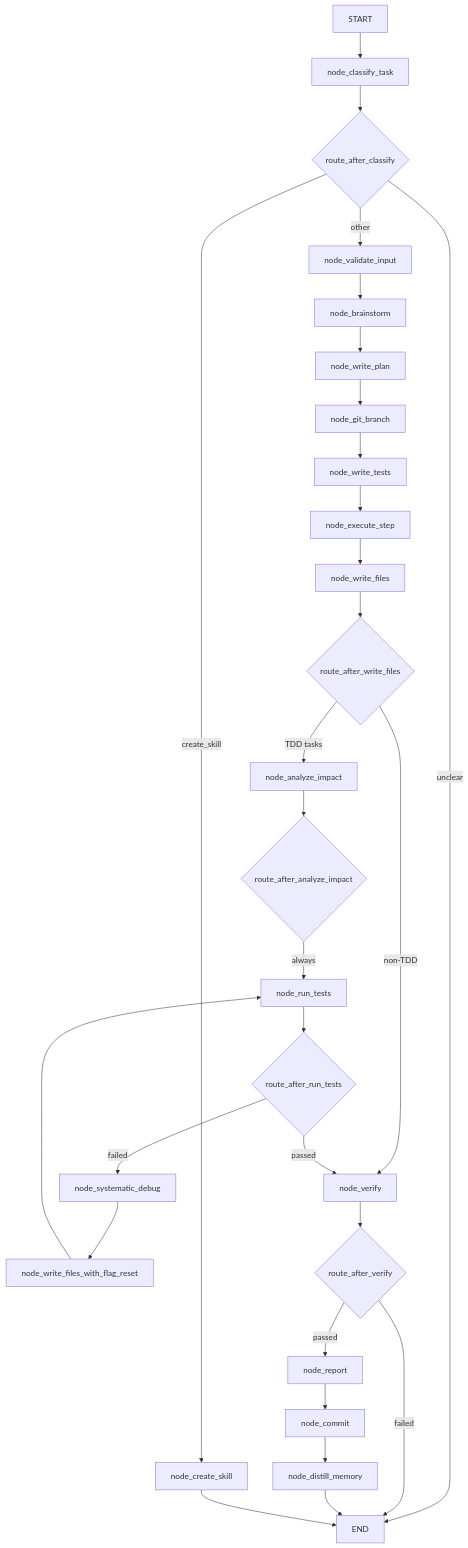
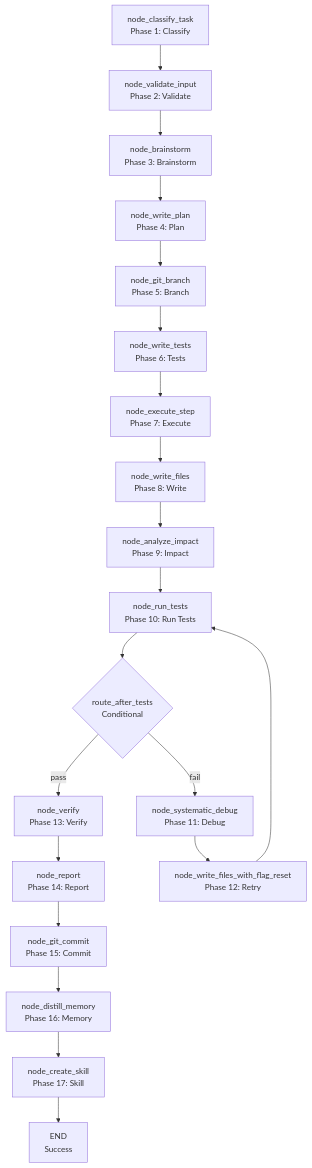
One commit to brunogcar/agent changed the diagram in docs/workflows/AUTOCODE.md. Above: the diagram before and after it, drawn with Mermaid. The commit also changed other lines of this file and 6 other files, not shown here.

````diff
--- a/docs/workflows/AUTOCODE.md
+++ b/docs/workflows/AUTOCODE.md
@@ -92,31 +84,22 @@
 ```mermaid
 graph TD
- A["START"] --> B["node_classify_task"]
- B --> C{"route_after_classify"}
- C -->|unclear| END
- C -->|create_skill| D["node_create_skill"]
- C -->|other| E["node_validate_input"]
- E --> F["node_brainstorm"]
- F --> G["node_write_plan"]
- G --> H["node_git_branch"]
- H --> I["node_write_tests"]
- I --> J["node_execute_step"]
- J --> K["node_write_files"]
- K --> L{"route_after_write_files"}
- L -->|TDD tasks| M["node_analyze_impact"]
- L -->|non-TDD| N["node_verify"]
- M --> O{"route_after_analyze_impact"}
- O -->|always| P["node_run_tests"]
- P --> Q{"route_after_run_tests"}
- Q -->|passed| N
- Q -->|failed| R["node_systematic_debug"]
- R --> S["node_write_files_with_flag_reset"]
- S --> P
- N --> T{"route_after_verify"}
- T -->|passed| U["node_report"]
- T -->|failed| END
- U --> V["node_commit"]
- V --> W["node_distill_memory"]
- W --> END
- D --> END
+    A["node_classify_task<br/>Phase 1: Classify"] --> B["node_validate_input<br/>Phase 2: Validate"]
+    B --> C["node_brainstorm<br/>Phase 3: Brainstorm"]
+    C --> D["node_write_plan<br/>Phase 4: Plan"]
+    D --> E["node_git_branch<br/>Phase 5: Branch"]
+    E --> F["node_write_tests<br/>Phase 6: Tests"]
+    F --> G["node_execute_step<br/>Phase 7: Execute"]
+    G --> H["node_write_files<br/>Phase 8: Write"]
+    H --> I["node_analyze_impact<br/>Phase 9: Impact"]
+    I --> J["node_run_tests<br/>Phase 10: Run Tests"]
+    J --> K{"route_after_tests<br/>Conditional"}
+    K -->|pass| L["node_verify<br/>Phase 13: Verify"]
+    K -->|fail| M["node_systematic_debug<br/>Phase 11: Debug"]
+    M --> N["node_write_files_with_flag_reset<br/>Phase 12: Retry"]
+    N --> J
+    L --> O["node_report<br/>Phase 14: Report"]
+    O --> P["node_git_commit<br/>Phase 15: Commit"]
+    P --> Q["node_distill_memory<br/>Phase 16: Memory"]
+    Q --> R["node_create_skill<br/>Phase 17: Skill"]
+    R --> S["END<br/>Success"]
 ```
````
